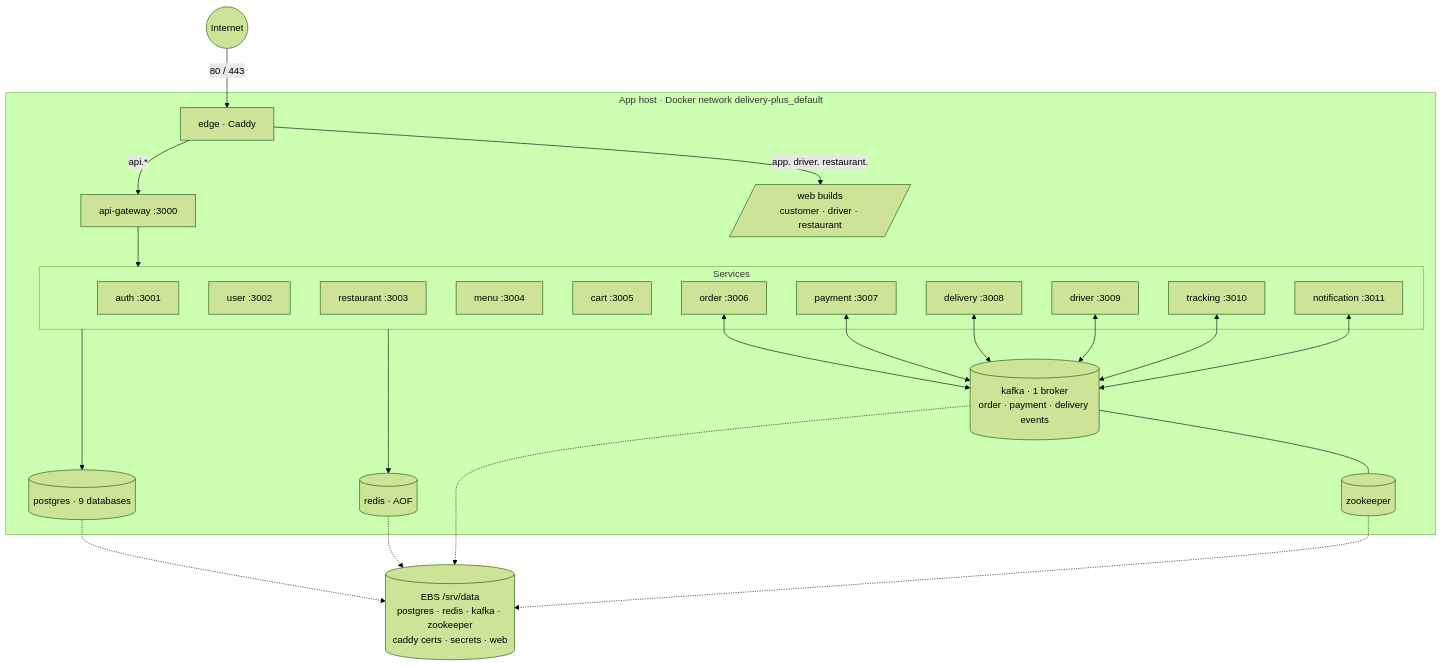
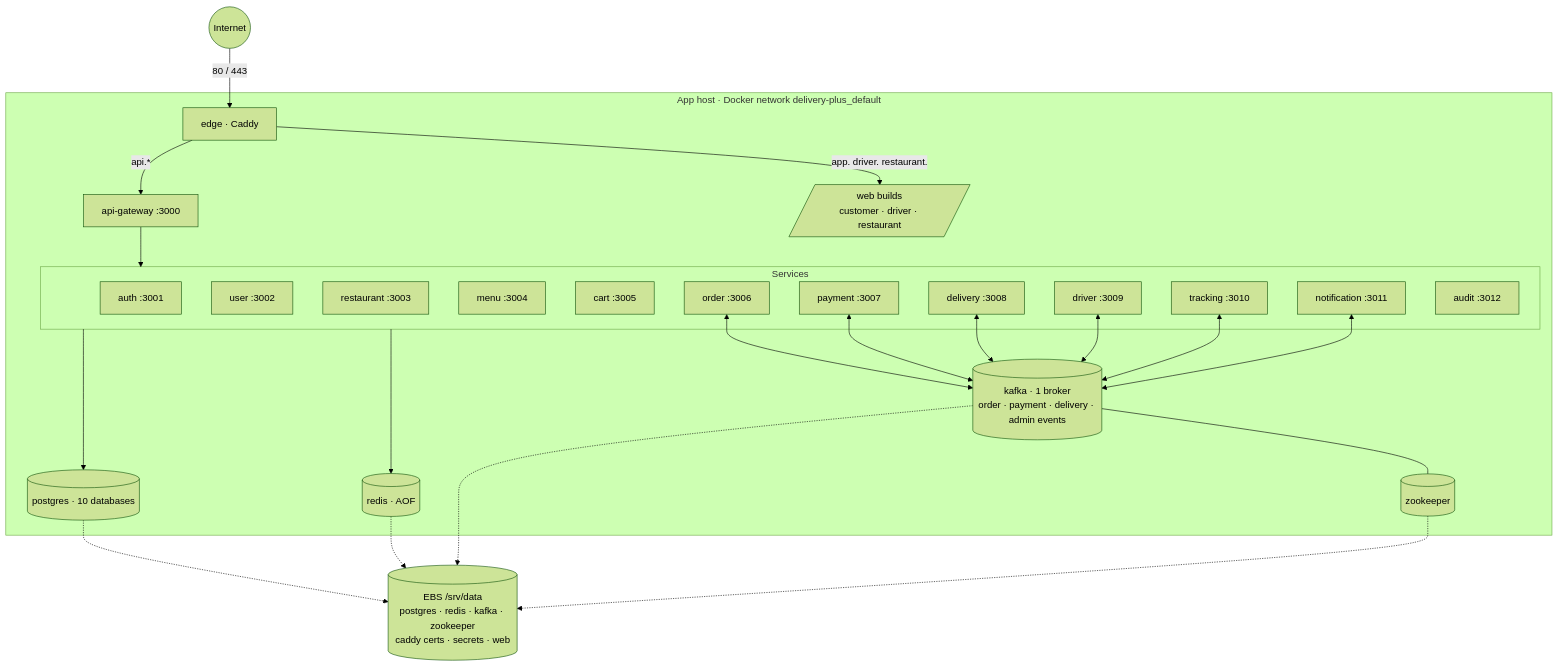
Before and after one commit to Delivery-Plus0/delivery-plus-infra: the second of 3 diagrams in docs/architecture.md, drawn with Mermaid (forest theme). The commit also changed other lines of this file and 8 other files, not shown here.

Commit message:
feat: run audit-service and create new service databases on deploy (#5)

````diff
--- a/docs/architecture.md
+++ b/docs/architecture.md
@@ -61,41 +61,42 @@
 ```mermaid
 flowchart TB
     internet((Internet)) -->|80 / 443| edge
 
     subgraph host[App host · Docker network delivery-plus_default]
         edge[edge · Caddy]
         gw[api-gateway :3000]
         subgraph svcs[Services]
             auth[auth :3001]
             user[user :3002]
             rest[restaurant :3003]
             menu[menu :3004]
             cart[cart :3005]
             order[order :3006]
             pay[payment :3007]
             deliv[delivery :3008]
             driver[driver :3009]
             track[tracking :3010]
             notif[notification :3011]
+            audit[audit :3012]
         end
-        pg[(postgres · 9 databases)]
+        pg[(postgres · 10 databases)]
         redis[(redis · AOF)]
-        kafka[(kafka · 1 broker<br/>order · payment · delivery events)]
+        kafka[(kafka · 1 broker<br/>order · payment · delivery · admin events)]
         zk[(zookeeper)]
         web[/web builds<br/>customer · driver · restaurant/]
     end
 
     edge -->|api.*| gw
     edge -->|app. driver. restaurant.| web
     gw --> svcs
     svcs --> pg
     svcs --> redis
     order & pay & deliv & driver & track & notif <--> kafka
     kafka --- zk
 
     disk[(EBS /srv/data<br/>postgres · redis · kafka · zookeeper<br/>caddy certs · secrets · web)]
     pg -.-> disk
     redis -.-> disk
     kafka -.-> disk
     zk -.-> disk
 ```
````
